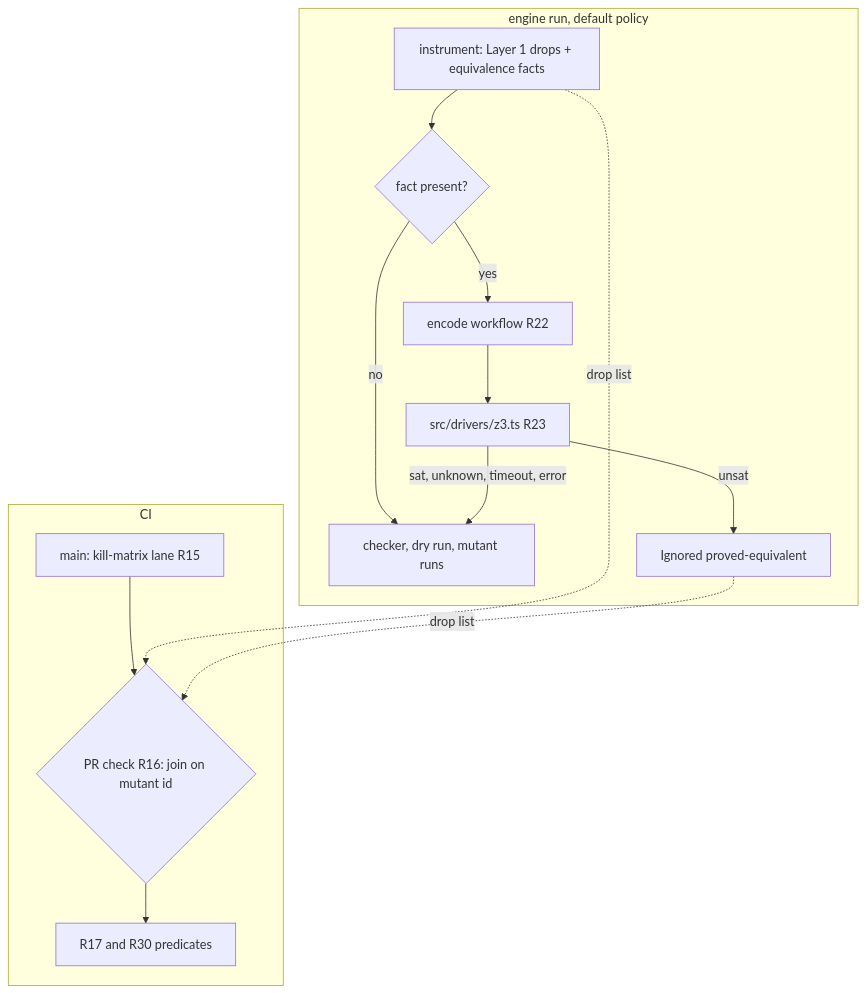
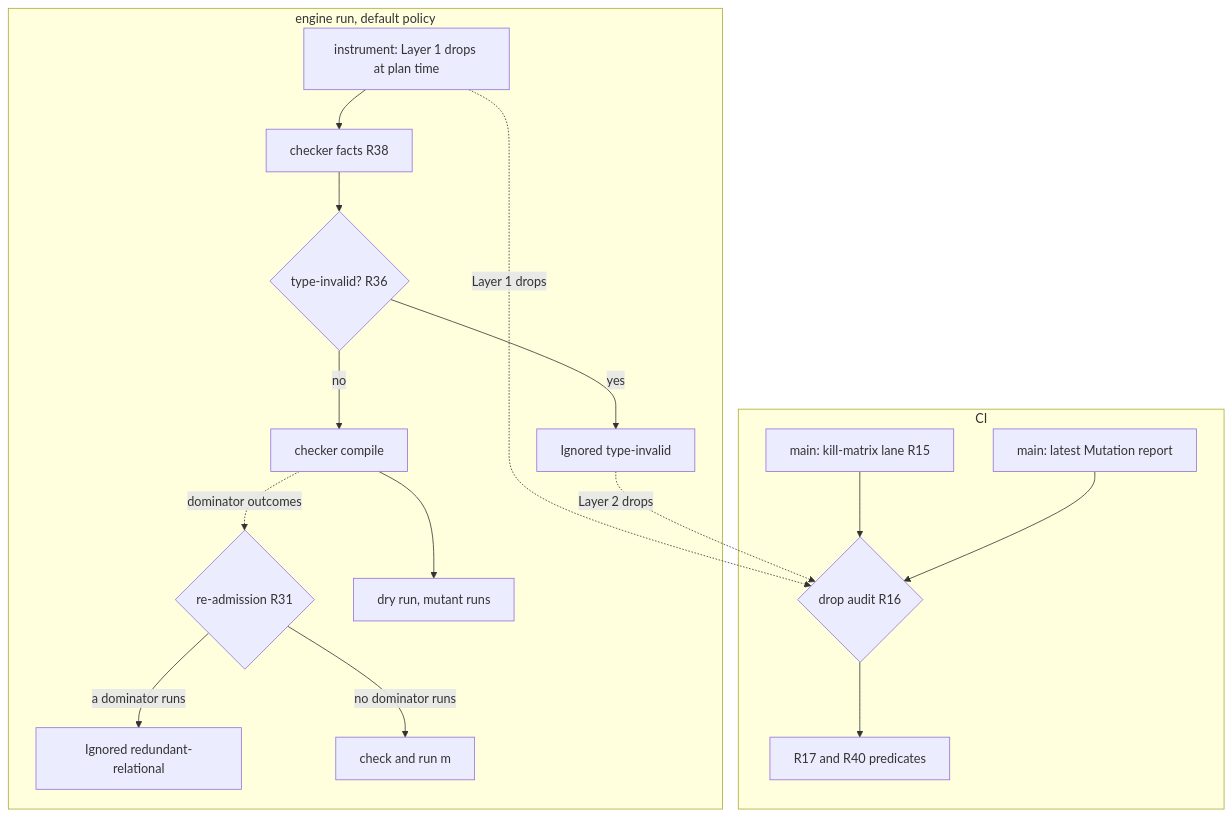
Before and after one commit to systemfsoftware/stryker-js-effect: the first of 3 diagrams in docs/plans/2026-10-09-2024-feat-mutant-subsumption-plan.md, drawn with Mermaid. The commit also changed other lines of this file, not shown here.

First line of the commit message:
docs(plans): replace SMT layer with type-guided generation in unit I plan

````diff
--- a/docs/plans/2026-10-09-2024-feat-mutant-subsumption-plan.md
+++ b/docs/plans/2026-10-09-2024-feat-mutant-subsumption-plan.md
@@ -198,16 +238,20 @@
 ```mermaid
 flowchart TB
   subgraph run [engine run, default policy]
-    I[instrument: Layer 1 drops + equivalence facts] --> E{fact present?}
-    E -->|no| C[checker, dry run, mutant runs]
-    E -->|yes| W[encode workflow R22] --> D[src/drivers/z3.ts R23]
-    D -->|unsat| X[Ignored proved-equivalent]
-    D -->|sat, unknown, timeout, error| C
+    I[instrument: Layer 1 drops at plan time] --> F[checker facts R38]
+    F --> T{type-invalid? R36}
+    T -->|yes| X[Ignored type-invalid]
+    T -->|no| C[checker compile]
+    C -. dominator outcomes .-> RA{re-admission R31}
+    RA -->|a dominator runs| S[Ignored redundant-relational]
+    RA -->|no dominator runs| C2[check and run m]
+    C --> R[dry run, mutant runs]
   end
   subgraph ci [CI]
-    KM[main: kill-matrix lane R15] --> J{PR check R16: join on mutant id}
-    I -. drop list .-> J
-    X -. drop list .-> J
-    J --> P[R17 and R30 predicates]
+    KM[main: kill-matrix lane R15] --> J{drop audit R16}
+    MR[main: latest Mutation report] --> J
+    I -. Layer 1 drops .-> J
+    X -. Layer 2 drops .-> J
+    J --> P[R17 and R40 predicates]
   end
 ```
````
